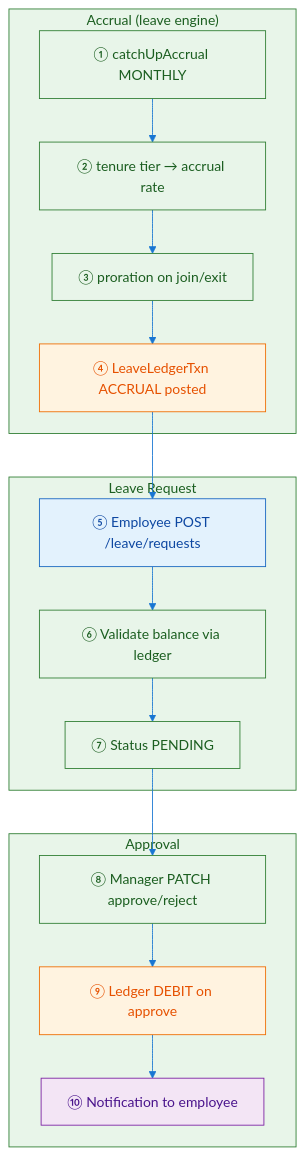
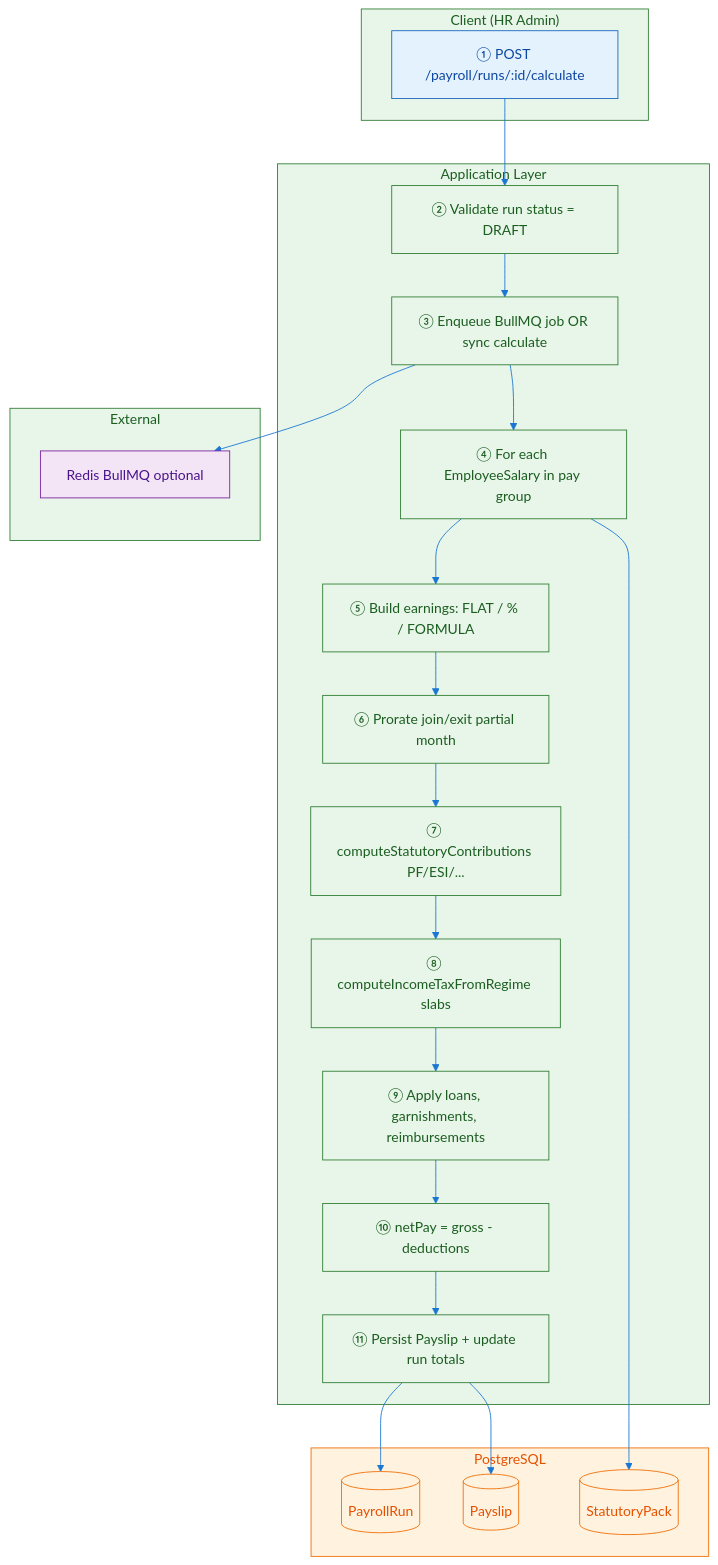
One commit to saeedafri/Employee-management-system changed the diagram in docs/.pdf-assets/diagram-25.mmd. Above: the diagram before and after it, drawn with Mermaid. The commit also changed 114 other files, not shown here.

```diff
--- a/docs/.pdf-assets/diagram-25.mmd
+++ b/docs/.pdf-assets/diagram-25.mmd
@@ -1,31 +1,43 @@
 flowchart TD
 %%{init: {'theme': 'base', 'themeVariables': { 'primaryColor': '#e3f2fd', 'primaryTextColor': '#1565c0', 'lineColor': '#1976d2'}}}%%
-subgraph Accrual["Accrual (leave engine)"]
-        AC1["① catchUpAccrual MONTHLY"]
-        AC2["② tenure tier → accrual rate"]
-        AC3["③ proration on join/exit"]
-        AC4["④ LeaveLedgerTxn ACCRUAL posted"]
+subgraph Client["Client (HR Admin)"]
+        C1["① POST /payroll/runs/:id/calculate"]
     end
-    subgraph Request["Leave Request"]
-        R1["⑤ Employee POST /leave/requests"]
-        R2["⑥ Validate balance via ledger"]
-        R3["⑦ Status PENDING"]
+    subgraph API["Application Layer"]
+        A1["② Validate run status = DRAFT"]
+        A2["③ Enqueue BullMQ job OR sync calculate"]
+        A3["④ For each EmployeeSalary in pay group"]
+        A4["⑤ Build earnings: FLAT / % / FORMULA"]
+        A5["⑥ Prorate join/exit partial month"]
+        A6["⑦ computeStatutoryContributions PF/ESI/..."]
+        A7["⑧ computeIncomeTaxFromRegime slabs"]
+        A8["⑨ Apply loans, garnishments, reimbursements"]
+        A9["⑩ netPay = gross - deductions"]
+        A10["⑪ Persist Payslip + update run totals"]
     end
-    subgraph Approval["Approval"]
-        AP1["⑧ Manager PATCH approve/reject"]
-        AP2["⑨ Ledger DEBIT on approve"]
-        AP3["⑩ Notification to employee"]
+    subgraph DB["PostgreSQL"]
+        D1[(PayrollRun)]
+        D2[(Payslip)]
+        D3[(StatutoryPack)]
+    end
+    subgraph Ext["External"]
+        E1["Redis BullMQ optional"]
     end
 
-    AC1 --> AC2 --> AC3 --> AC4
-    AC4 --> R1 --> R2 --> R3 --> AP1 --> AP2 --> AP3
+    C1 --> A1 --> A2
+    A2 --> E1
+    A2 --> A3
+    A3 --> A4 --> A5 --> A6 --> A7 --> A8 --> A9 --> A10
+    A3 --> D3
+    A10 --> D1
+    A10 --> D2
 
 classDef client fill:#e3f2fd,stroke:#1565c0,color:#0d47a1
     classDef api fill:#e8f5e9,stroke:#2e7d32,color:#1b5e20
     classDef db fill:#fff3e0,stroke:#ef6c00,color:#e65100
     classDef external fill:#f3e5f5,stroke:#7b1fa2,color:#4a148c
     classDef warn fill:#ffebee,stroke:#c62828,color:#b71c1c
-    class R1 client
-    class AC1,AC2,AC3,AP1,Accrual,Approval,R2,R3,Request api
-    class AC4,AP2 db
-    class AP3 external
+    class C1 client
+    class A1,A10,A2,A3,A4,A5,A6,A7,A8,A9,API,Client,Ext api
+    class D1,D2,D3,DB db
+    class E1 external
```
